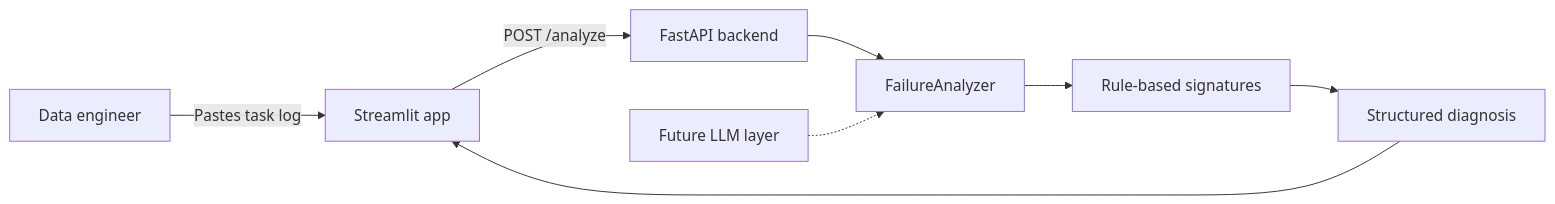
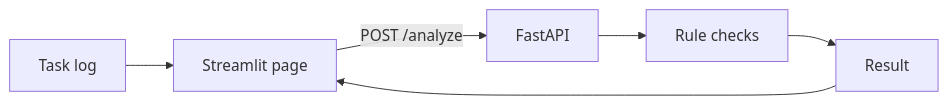
The diagram in README.md (yang2695/airflow-ai-failure-analyzer), drawn with Mermaid before and after one commit. The commit also changed other lines of this file and 8 other files, not shown here.

````diff
--- a/README.md
+++ b/README.md
@@ -26,10 +26,8 @@
 ```mermaid
 flowchart LR
-  A[Data engineer] -->|Pastes task log| B[Streamlit app]
-  B -->|POST /analyze| C[FastAPI backend]
-  C --> D[FailureAnalyzer]
-  D --> E[Rule-based signatures]
-  E --> F[Structured diagnosis]
-  F --> B
-  G[Future LLM layer] -.-> D
+  A[Task log] --> B[Streamlit page]
+  B -->|POST /analyze| C[FastAPI]
+  C --> D[Rule checks]
+  D --> E[Result]
+  E --> B
 ```
````
